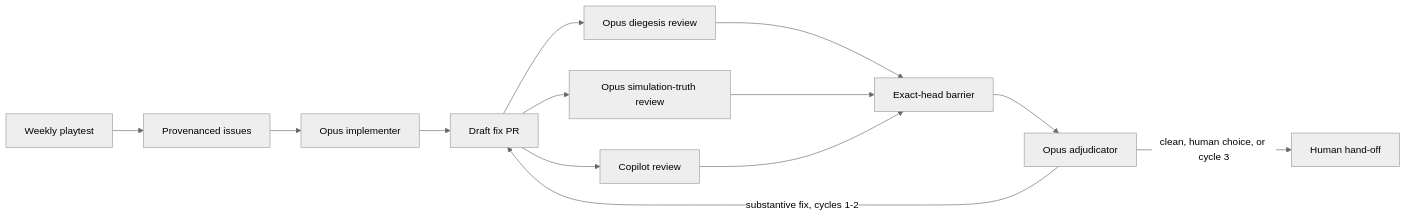
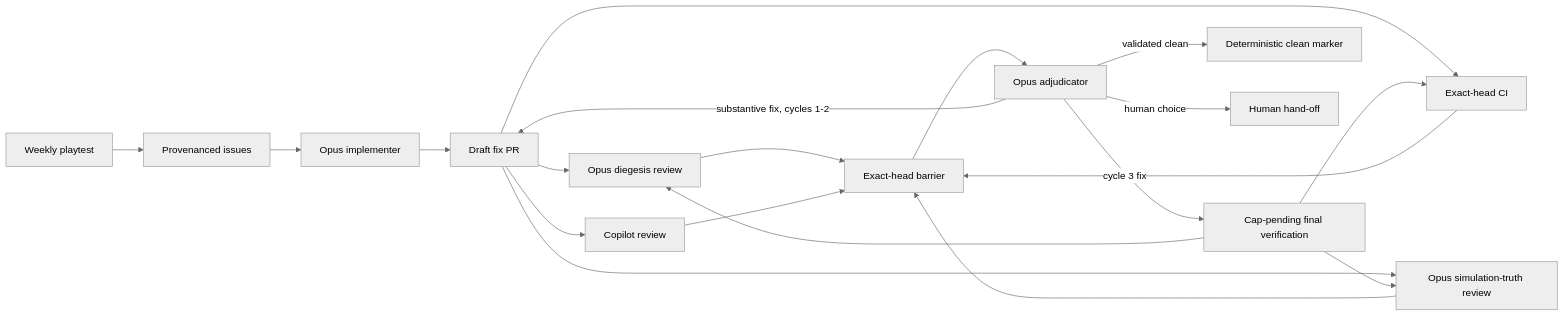
Before and after one commit to amomand/custodian: the diagram in .github/AGENTIC_PLAYTEST.md, drawn with Mermaid (neutral theme). The commit also changed other lines of this file and 16 other files, not shown here.

````diff
--- a/.github/AGENTIC_PLAYTEST.md
+++ b/.github/AGENTIC_PLAYTEST.md
@@ -8,15 +8,22 @@
 ```mermaid
 flowchart LR
   P["Weekly playtest"] --> I["Provenanced issues"]
   I --> F["Opus implementer"]
   F --> PR["Draft fix PR"]
   PR --> D["Opus diegesis review"]
   PR --> S["Opus simulation-truth review"]
   PR --> C["Copilot review"]
   D --> B["Exact-head barrier"]
   S --> B
   C --> B
+  PR --> T["Exact-head CI"]
+  T --> B
   B --> A["Opus adjudicator"]
   A -->|"substantive fix, cycles 1-2"| PR
-  A -->|"clean, human choice, or cycle 3"| H["Human hand-off"]
+  A -->|"cycle 3 fix"| V["Cap-pending final verification"]
+  V --> T
+  V --> D
+  V --> S
+  A -->|"validated clean"| X["Deterministic clean marker"]
+  A -->|"human choice"| H["Human hand-off"]
 ```
````
